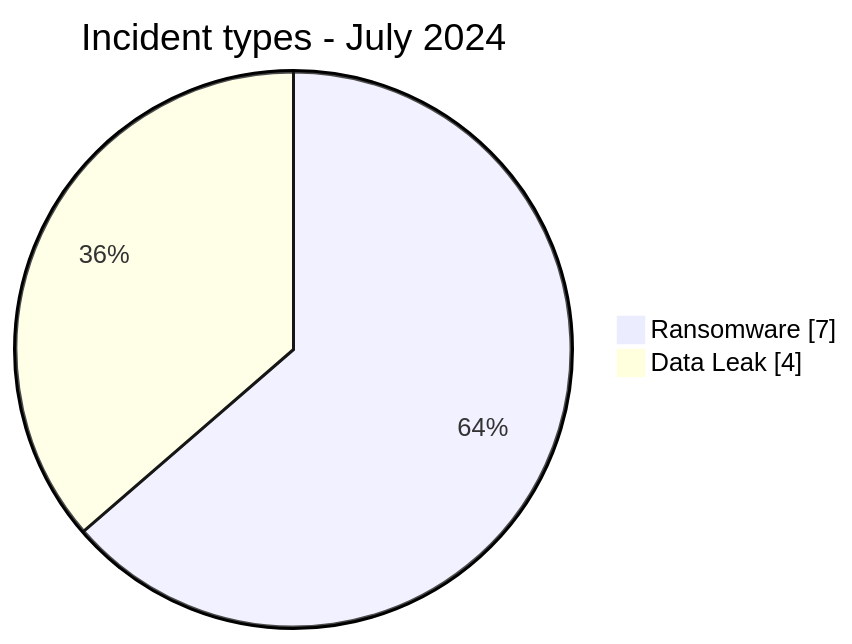
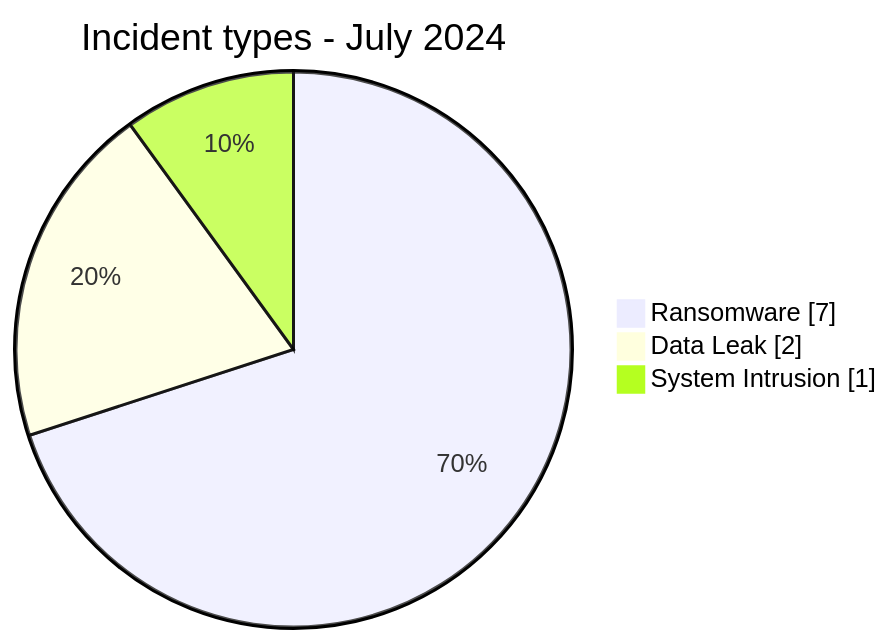
One commit to Hatchepsoute/AFRINTEL changed the first of 2 diagrams in CyberAttackAfrica/2024/07-july/README.md. Above: the diagram before and after it, drawn with Mermaid. The commit also changed other lines of this file and 66 other files, not shown here.

````diff
--- a/CyberAttackAfrica/2024/07-july/README.md
+++ b/CyberAttackAfrica/2024/07-july/README.md
@@ -54,6 +51,7 @@
 ```mermaid
 pie showData
     title Incident types - July 2024
     "Ransomware" : 7
-    "Data Leak" : 4
+    "Data Leak" : 2
+    "System Intrusion" : 1
 ```
````
